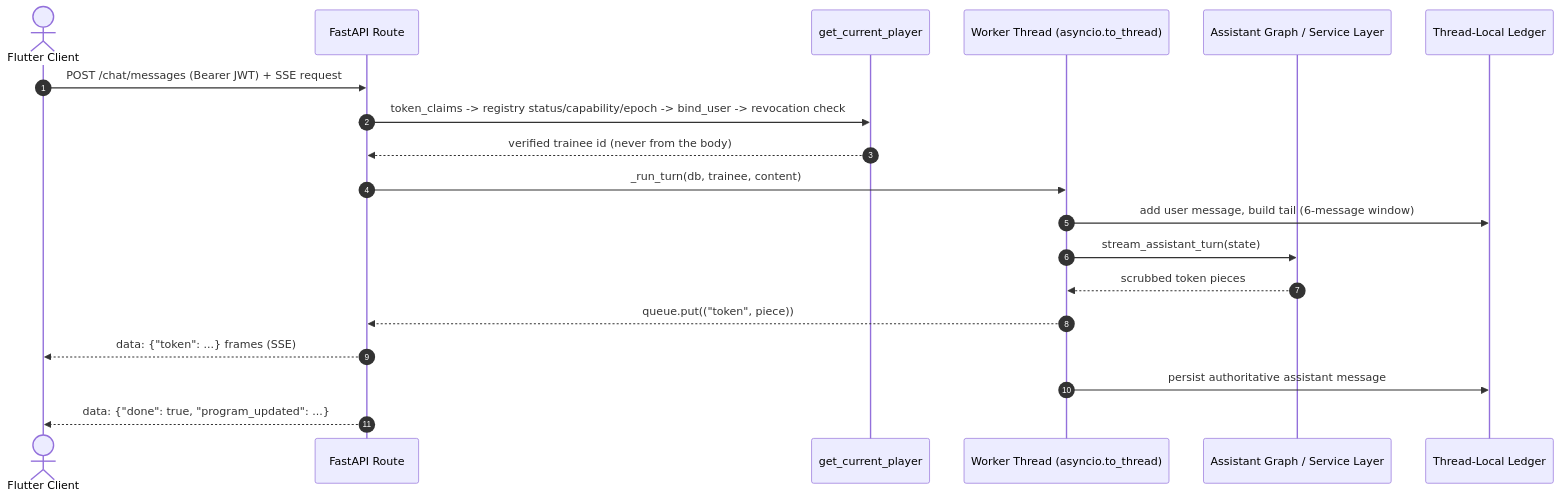
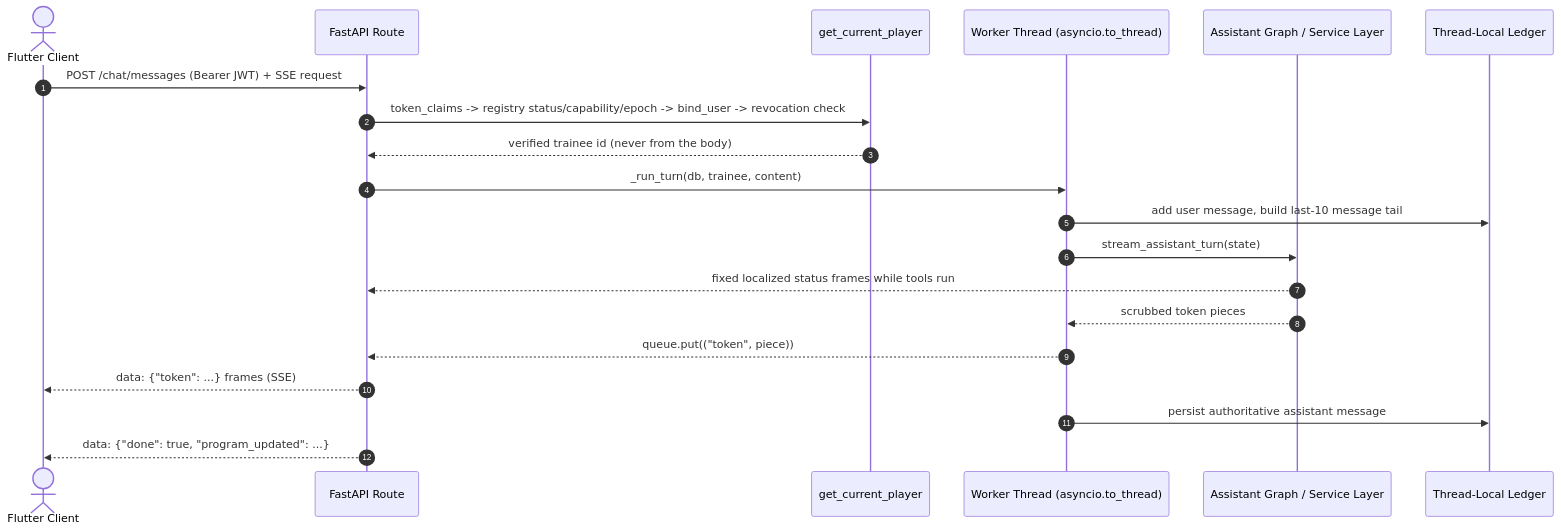
One commit to ahmedtvmer/MAYOS changed the eighth of 8 diagrams in docs/ARCHITECTURE.md. Above: the diagram before and after it, drawn with Mermaid. The commit also changed other lines of this file and 32 other files, not shown here.

````diff
--- a/docs/ARCHITECTURE.md
+++ b/docs/ARCHITECTURE.md
@@ -416,22 +407,23 @@
 ```mermaid
 sequenceDiagram
     autonumber
     actor UI as Flutter Client
     participant API as FastAPI Route
     participant Dep as get_current_player
     participant Thread as Worker Thread (asyncio.to_thread)
     participant Graph as Assistant Graph / Service Layer
     participant DB as Thread-Local Ledger
 
     UI->>API: POST /chat/messages (Bearer JWT) + SSE request
     API->>Dep: token_claims -> registry status/capability/epoch -> bind_user -> revocation check
     Dep-->>API: verified trainee id (never from the body)
     API->>Thread: _run_turn(db, trainee, content)
-    Thread->>DB: add user message, build tail (6-message window)
+    Thread->>DB: add user message, build last-10 message tail
     Thread->>Graph: stream_assistant_turn(state)
+    Graph-->>API: fixed localized status frames while tools run
     Graph-->>Thread: scrubbed token pieces
     Thread-->>API: queue.put(("token", piece))
     API-->>UI: data: {"token": ...} frames (SSE)
     Thread->>DB: persist authoritative assistant message
     API-->>UI: data: {"done": true, "program_updated": ...}
 ```
````
